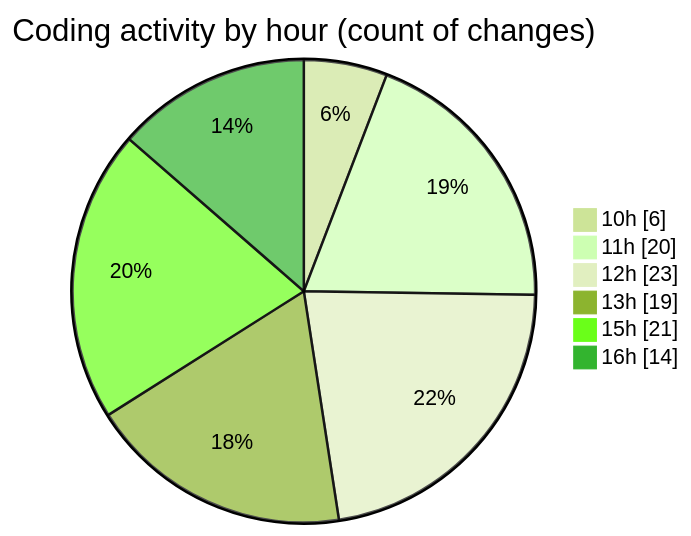
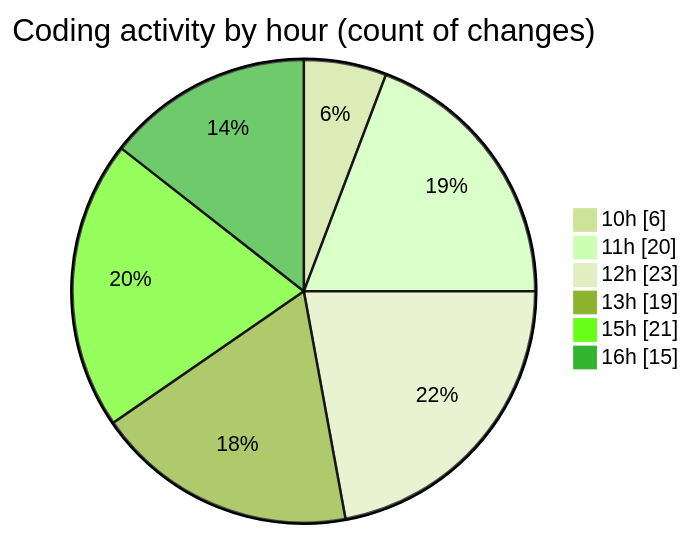
One commit to nxtqubesakshisongat/code-tracking changed the second of 2 diagrams in 2025-05-05/nxtqube_webapp/README.md. Above: the diagram before and after it, drawn with Mermaid (forest theme). The commit also changed other lines of this file and 1 other file, not shown here.

````diff
--- a/2025-05-05/nxtqube_webapp/README.md
+++ b/2025-05-05/nxtqube_webapp/README.md
@@ -32,10 +32,10 @@
 ```mermaid
 pie showData
 title Coding activity by hour (count of changes)
 "10h" : 6
 "11h" : 20
 "12h" : 23
 "13h" : 19
 "15h" : 21
-"16h" : 14
+"16h" : 15
 ```
````
